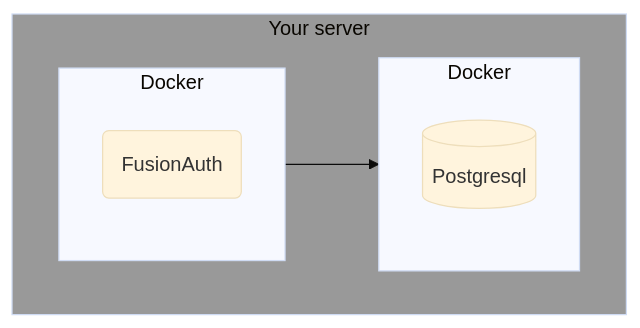
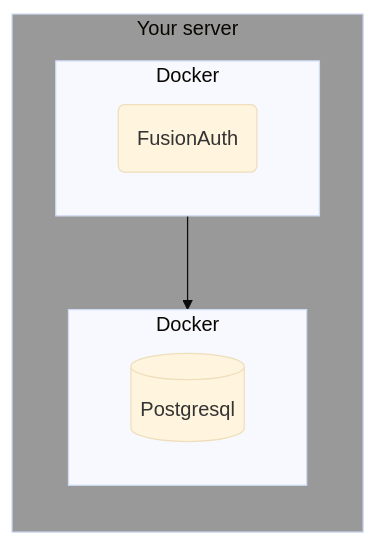
Before and after one commit to FusionAuth/fusionauth-site: the first of 4 diagrams in astro/src/content/docs/operate/secure-and-monitor/elastic.mdx, drawn with Mermaid (base theme). The commit also changed other lines of this file, not shown here.

Commit message:
diagrams

````diff
--- a/astro/src/content/docs/operate/secure-and-monitor/elastic.mdx
+++ b/astro/src/content/docs/operate/secure-and-monitor/elastic.mdx
@@ -268,15 +90,14 @@
 ```mermaid
-graph LR
+graph TB
   subgraph I[Your server]
-    direction LR
+    direction TB
     subgraph G[Docker]
       H[(Postgresql)]
     end
     subgraph C[Docker]
-      direction BT
       A(FusionAuth)
     end
   end
   C --> G
   style I fill:#999
 ```
````
